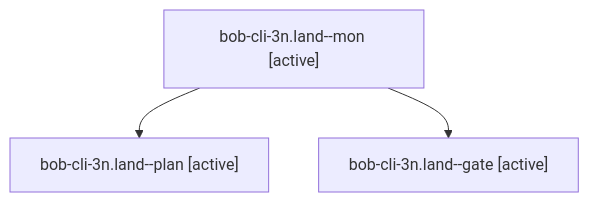
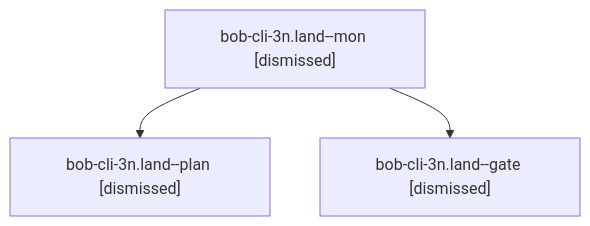
One commit to bobs-org/bob-cli--agents changed the diagram in sessions/bbugyi200.athena.bob-cli-3n.land.md. Above: the diagram before and after it, drawn with Mermaid. The commit also changed other lines of this file and 103 other files, not shown here.

````diff
--- a/sessions/bbugyi200.athena.bob-cli-3n.land.md
+++ b/sessions/bbugyi200.athena.bob-cli-3n.land.md
@@ -9,8 +9,8 @@
 ```mermaid
 flowchart TD
-  n0["bob-cli-3n.land--mon [active]"]
-  n1["bob-cli-3n.land--plan [active]"]
+  n0["bob-cli-3n.land--mon [dismissed]"]
+  n1["bob-cli-3n.land--plan [dismissed]"]
   n0 --> n1
-  n2["bob-cli-3n.land--gate [active]"]
+  n2["bob-cli-3n.land--gate [dismissed]"]
   n0 --> n2
 ```
````
